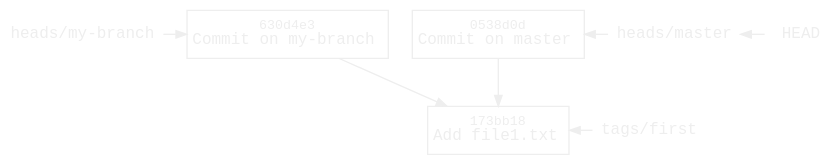
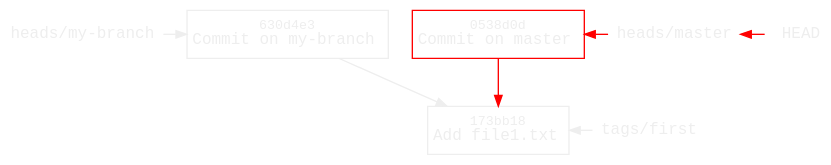
Before and after one commit to williamvds/website: the diagram in content/blog/git/branch-second-commit.dot, drawn with Graphviz. The commit also changed 11 other files, not shown here.

Commit message:
blog: Git: highlight changes in history diagrams

```diff
--- a/content/blog/git/branch-second-commit.dot
+++ b/content/blog/git/branch-second-commit.dot
@@ -1,34 +1,35 @@
 digraph branch {
     bgcolor = transparent
     color = white
 
     node [fontname=monospace fontsize=12 fontcolor="#eeeeee"
           margin="0.06,0.1" height=0 color="#eeeeee"]
     edge [fontcolor="#eeeeee" color="#eeeeee" arrowsize=0.8]
 
     node [shape=box labeldistance=0.2]
     "173bb18" [label=<<font point-size="10">173bb18</font><br/>Add file1.txt>]
     "630d4e3" [label=<<font point-size="10">630d4e3</font><br/>Commit on my-branch>]
-    "0538d0d" [label=<<font point-size="10">0538d0d</font><br/>Commit on master>]
+    "0538d0d" [label=<<font point-size="10">0538d0d</font><br/>Commit on master>
+        color=red]
 
     node [shape=none margin=0.05 height=0]
     HEAD
     master [label="heads/master"]
     my_branch [label="heads/my-branch"]
     first [label="tags/first"]
 
     "630d4e3" -> "173bb18"
-    "0538d0d" -> "173bb18" [weight=2]
+    "0538d0d" -> "173bb18" [weight=2 color=red]
 
     {
         rank = same
         first -> "173bb18" [constraint=false]
     }
 
     {
         rank = same
         my_branch -> "630d4e3"
-        HEAD -> master [constraint=false]
-        master -> "0538d0d" [constraint=false]
+        HEAD -> master [constraint=false color=red]
+        master -> "0538d0d" [constraint=false color=red]
     }
 }
```
